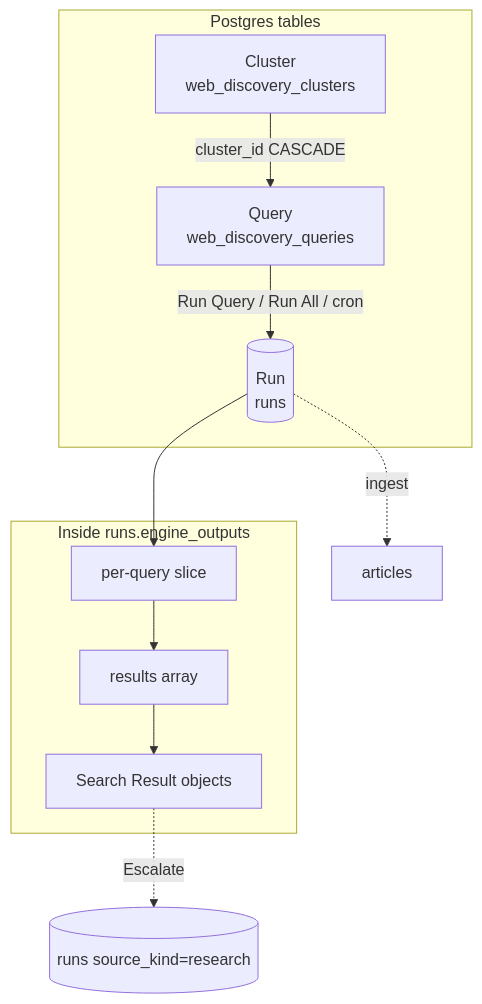
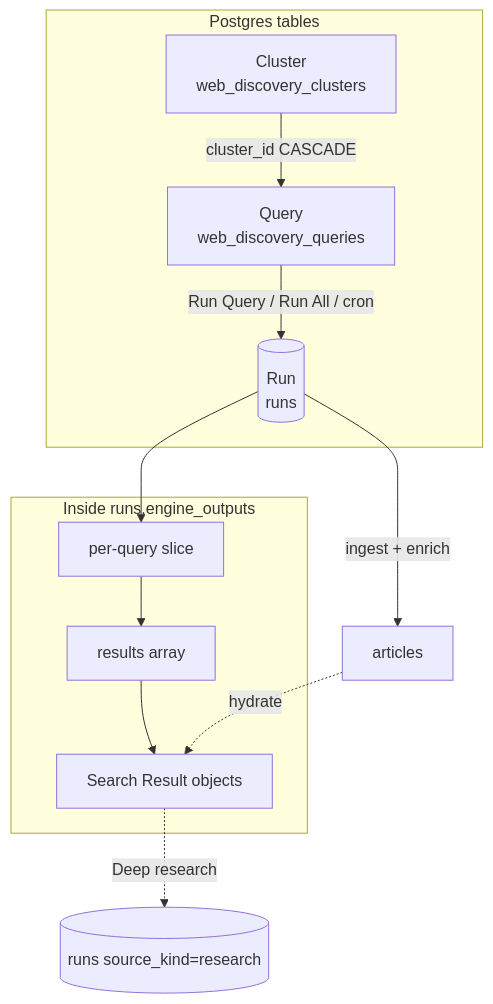
The third of 10 diagrams in docs/phase-1/P1-04-admin.md (Growth-Maschine/NORAD-INTEL-ENGINE-V1), drawn with Mermaid before and after one commit. The commit also changed other lines of this file and 12 other files, not shown here.

Commit message:
docs(phase-1): align P1-00 through P1-06 with current single-app build Update workflows, objects, fields, screens, and backend actions to match Web Discovery enrich, Deep research, and retired Today page features.

````diff
--- a/docs/phase-1/P1-04-admin.md
+++ b/docs/phase-1/P1-04-admin.md
@@ -737,23 +740,24 @@
 ```mermaid
 flowchart TB
     subgraph Tables["Postgres tables"]
         CL[Cluster<br/>web_discovery_clusters]
         Q[Query<br/>web_discovery_queries]
         RUNS[(Run<br/>runs)]
     end
 
     subgraph JSON["Inside runs.engine_outputs"]
         SLICE["per-query slice"]
         SR["results array"]
         ITEM["Search Result objects"]
     end
 
     CL -->|cluster_id CASCADE| Q
     Q -->|Run Query / Run All / cron| RUNS
     RUNS --> SLICE
     SLICE --> SR
     SR --> ITEM
 
-    ITEM -.->|Escalate| RUNS2[(runs source_kind=research)]
-    RUNS -.->|ingest| ART[articles]
+    ITEM -.->|Deep research| RUNS2[(runs source_kind=research)]
+    RUNS -->|ingest + enrich| ART[articles]
+    ART -.->|hydrate| ITEM
 ```
````
